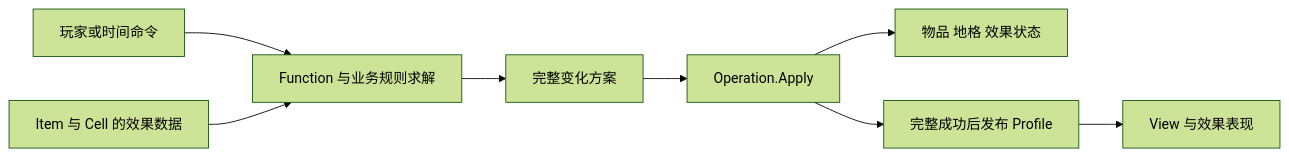
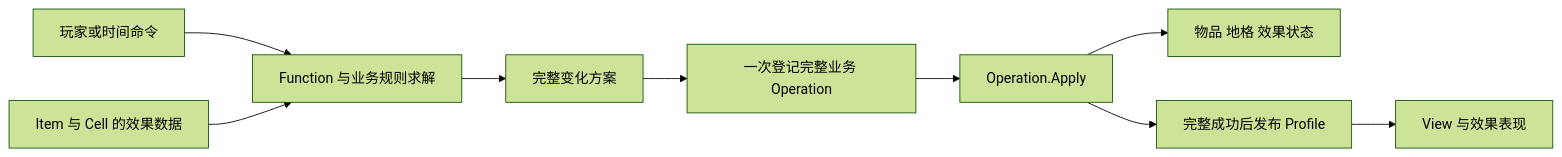
Before and after one commit to LIQIANGEASTSUN/MergeTwo: the diagram in _Plan/10_Function与Effect建模讨论.md, drawn with Mermaid (forest theme). The commit also changed other lines of this file and 4291 other files, not shown here.

````diff
--- a/_Plan/10_Function与Effect建模讨论.md
+++ b/_Plan/10_Function与Effect建模讨论.md
@@ -142,10 +134,11 @@
 ```mermaid
 flowchart LR
     Command[玩家或时间命令] --> Rules[Function 与业务规则求解]
     Effects[Item 与 Cell 的效果数据] --> Rules
     Rules --> Plan[完整变化方案]
-    Plan --> Apply[Operation.Apply]
+    Plan --> Record[一次登记完整业务 Operation]
+    Record --> Apply[Operation.Apply]
     Apply --> State[物品 地格 效果状态]
     Apply --> Profile[完整成功后发布 Profile]
     Profile --> Graphic[View 与效果表现]
 ```
````
